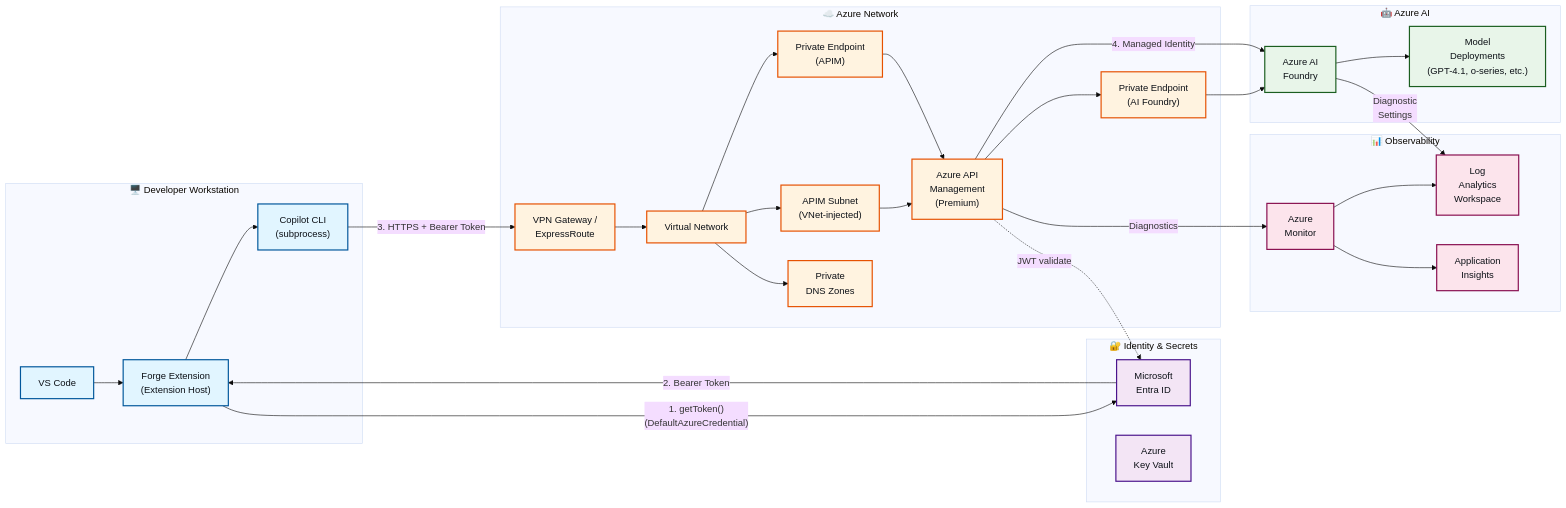
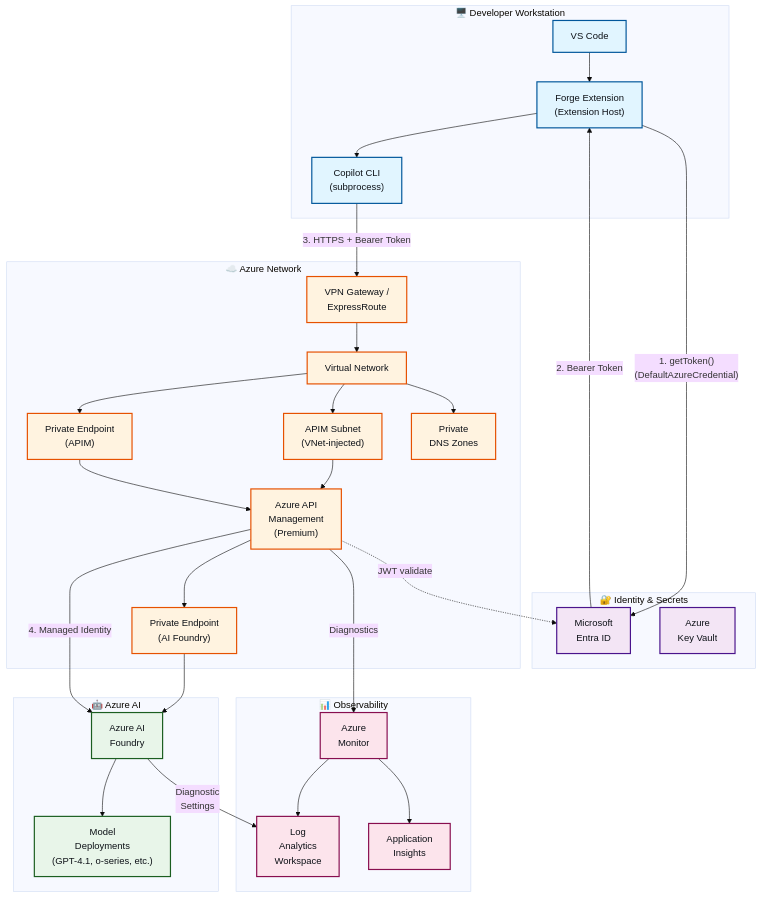
One commit to robpitcher/forge changed the diagram in docs/enterprise-architecture.md. Above: the diagram before and after it, drawn with Mermaid (base theme).

Commit message:
fix: switch enterprise diagram to top-bottom layout
Changes graph direction from LR to TB so the Developer Workstation
box stacks above the Azure Network box instead of side-by-side,
reducing horizontal width.

````diff
--- a/docs/enterprise-architecture.md
+++ b/docs/enterprise-architecture.md
@@ -7,67 +7,67 @@
 ```mermaid
-graph LR
+graph TB
     subgraph Client["🖥️ Developer Workstation"]
         VSCode["VS Code"]
         ForgeExt["Forge Extension<br/>(Extension Host)"]
         CopilotCLI["Copilot CLI<br/>(subprocess)"]
         VSCode --> ForgeExt
         ForgeExt --> CopilotCLI
     end
 
     subgraph Identity["🔐 Identity & Secrets"]
         EntraID["Microsoft<br/>Entra ID"]
         KeyVault["Azure<br/>Key Vault"]
     end
 
     subgraph AzureNetwork["☁️ Azure Network"]
         VPN["VPN Gateway /<br/>ExpressRoute"]
         VNet["Virtual Network"]
         APIMSubnet["APIM Subnet<br/>(VNet-injected)"]
         APIM["Azure API<br/>Management<br/>(Premium)"]
         PEAPIM["Private Endpoint<br/>(APIM)"]
         PEAI["Private Endpoint<br/>(AI Foundry)"]
         PrivateDNS["Private<br/>DNS Zones"]
         VPN --> VNet
         VNet --> APIMSubnet
         APIMSubnet --> APIM
         VNet --> PEAPIM
         PEAPIM --> APIM
         APIM --> PEAI
         VNet --> PrivateDNS
     end
 
     subgraph AzureAI["🤖 Azure AI"]
         AIFoundry["Azure AI<br/>Foundry"]
         Models["Model<br/>Deployments<br/>(GPT-4.1, o-series, etc.)"]
         PEAI --> AIFoundry
         AIFoundry --> Models
     end
 
     subgraph Observability["📊 Observability"]
         Monitor["Azure<br/>Monitor"]
         LogAnalytics["Log<br/>Analytics<br/>Workspace"]
         AppInsights["Application<br/>Insights"]
         Monitor --> LogAnalytics
         Monitor --> AppInsights
     end
 
     ForgeExt -->|"1. getToken()<br/>(DefaultAzureCredential)"| EntraID
     EntraID -->|"2. Bearer Token"| ForgeExt
     CopilotCLI -->|"3. HTTPS + Bearer Token"| VPN
     APIM -->|"4. Managed Identity"| AIFoundry
     APIM -.->|"JWT validate"| EntraID
     APIM -->|"Diagnostics"| Monitor
     AIFoundry -->|"Diagnostic<br/>Settings"| LogAnalytics
 
     classDef client fill:#e1f5ff,stroke:#01579b,stroke-width:2px,color:#0d1117
     classDef identity fill:#f3e5f5,stroke:#4a148c,stroke-width:2px,color:#0d1117
     classDef network fill:#fff3e0,stroke:#e65100,stroke-width:2px,color:#0d1117
     classDef ai fill:#e8f5e9,stroke:#1b5e20,stroke-width:2px,color:#0d1117
     classDef observability fill:#fce4ec,stroke:#880e4f,stroke-width:2px,color:#0d1117
 
     class VSCode,ForgeExt,CopilotCLI client
     class EntraID,KeyVault identity
     class VPN,VNet,APIMSubnet,APIM,PEAPIM,PEAI,PrivateDNS network
     class AIFoundry,Models ai
     class Monitor,LogAnalytics,AppInsights observability
 ```
````
